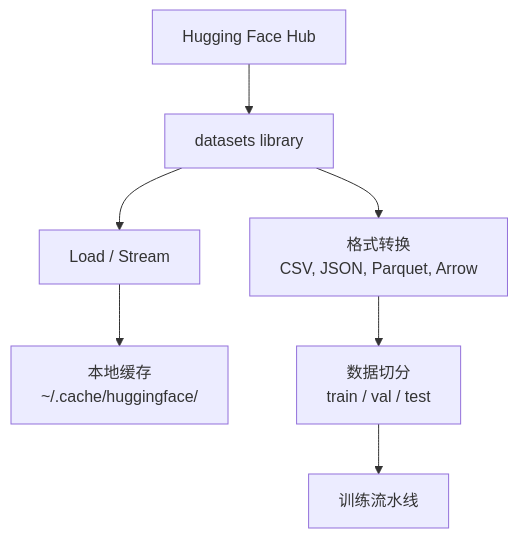
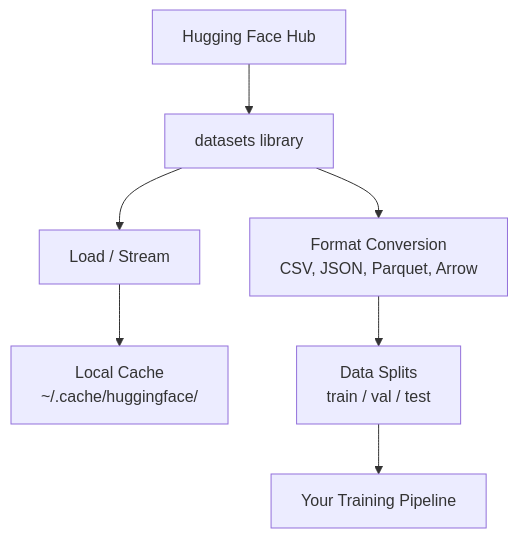
Before and after one commit to omigaZen/ai-engineering-from-scratch: the diagram in phases/00-setup-and-tooling/09-data-management/docs/zh.md, drawn with Mermaid. The commit also changed other lines of this file and 32 other files, not shown here.

````diff
--- a/phases/00-setup-and-tooling/09-data-management/docs/zh.md
+++ b/phases/00-setup-and-tooling/09-data-management/docs/zh.md
@@ -23,9 +23,9 @@
 ```mermaid
 graph TD
     A["Hugging Face Hub"] --> B["datasets library"]
     B --> C["Load / Stream"]
-    C --> D["本地缓存<br/>~/.cache/huggingface/"]
-    B --> E["格式转换<br/>CSV, JSON, Parquet, Arrow"]
-    E --> F["数据切分<br/>train / val / test"]
-    F --> G["训练流水线"]
+    C --> D["Local Cache<br/>~/.cache/huggingface/"]
+    B --> E["Format Conversion<br/>CSV, JSON, Parquet, Arrow"]
+    E --> F["Data Splits<br/>train / val / test"]
+    F --> G["Your Training Pipeline"]
 ```
````
